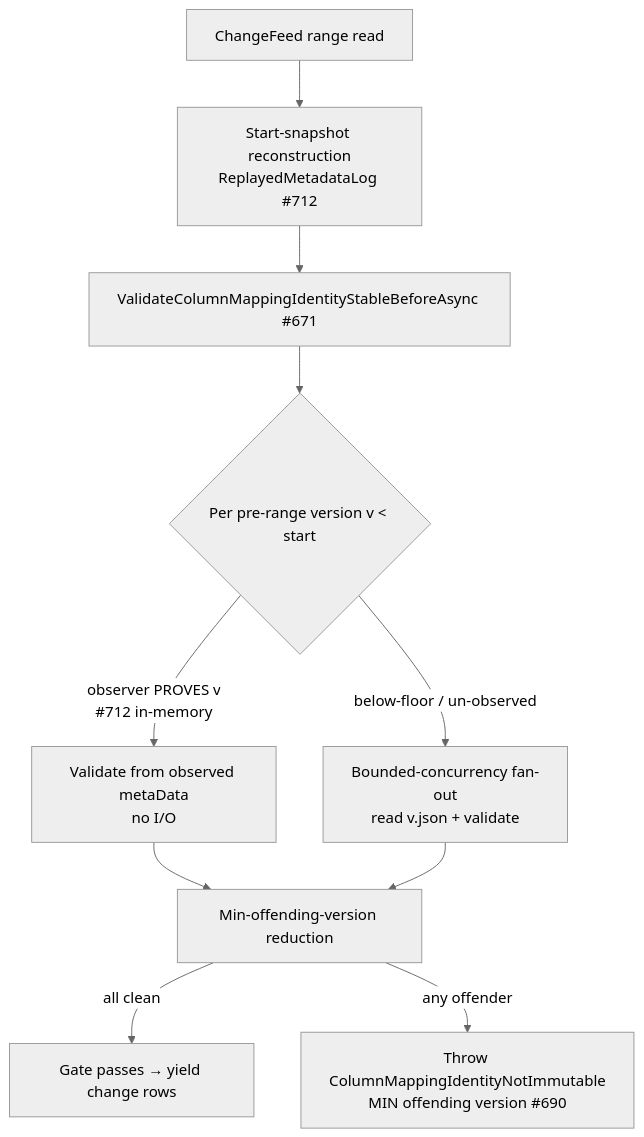
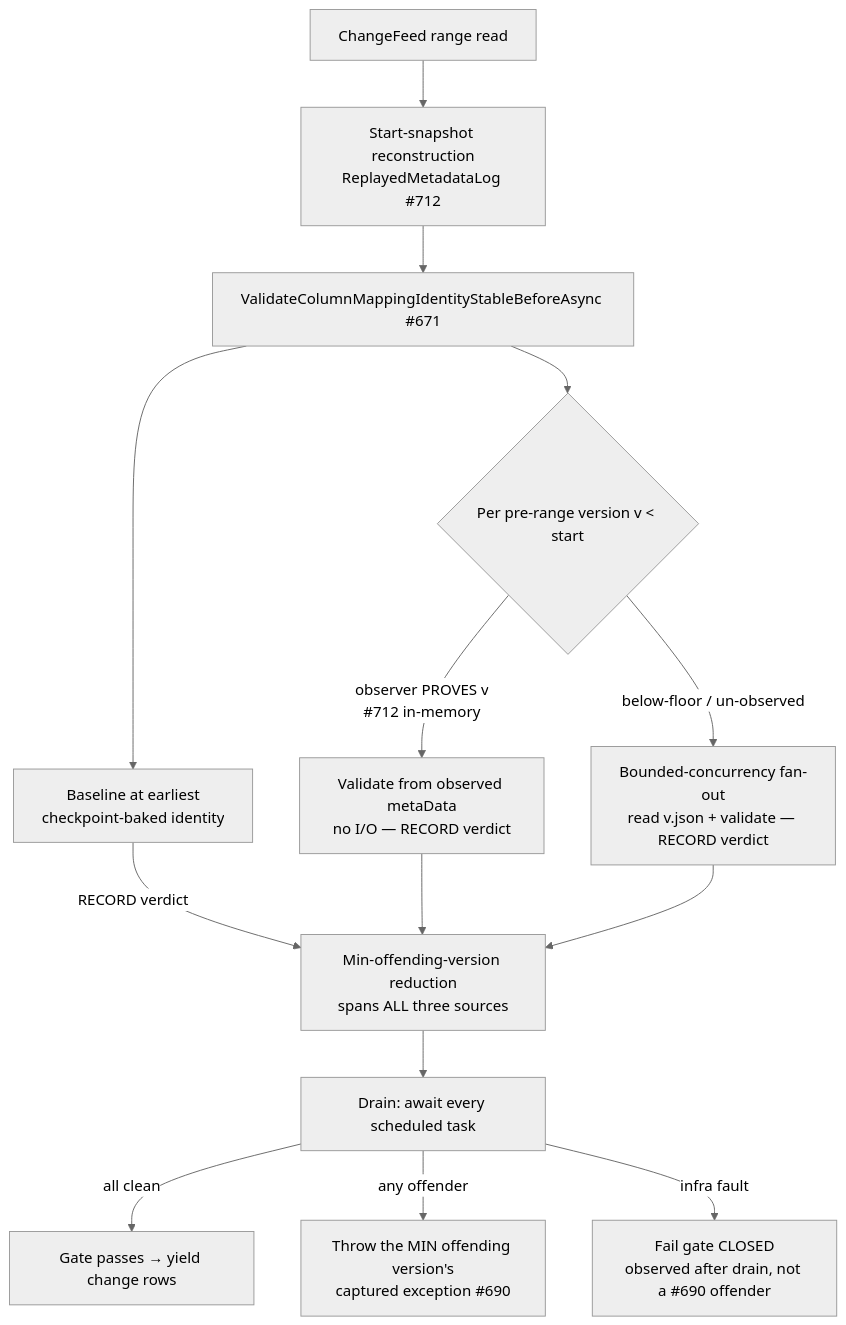
One commit to khaines/deltasharp changed the first of 2 diagrams in docs/engineering/design/cdf-pre-range-scan-bounded-concurrency.md. Above: the diagram before and after it, drawn with Mermaid (neutral theme). The commit also changed other lines of this file, not shown here.

First line of the commit message:
Design(#808): round-1 RFL revisions — all-sources min reduction, skip-only pruning, infra-fault split, perf-gate rigor

````diff
--- a/docs/engineering/design/cdf-pre-range-scan-bounded-concurrency.md
+++ b/docs/engineering/design/cdf-pre-range-scan-bounded-concurrency.md
@@ -54,12 +54,16 @@
 ```mermaid
 graph TD
     A[ChangeFeed range read] --> B[Start-snapshot reconstruction<br/>ReplayedMetadataLog #712]
     B --> C[ValidateColumnMappingIdentityStableBeforeAsync #671]
+    C --> Bl[Baseline at earliest<br/>checkpoint-baked identity]
     C --> D{Per pre-range version v < start}
-    D -->|observer PROVES v<br/>#712 in-memory| E[Validate from observed metaData<br/>no I/O]
-    D -->|below-floor / un-observed| F[Bounded-concurrency fan-out<br/>read v.json + validate]
-    E --> G[Min-offending-version reduction]
+    D -->|observer PROVES v<br/>#712 in-memory| E[Validate from observed metaData<br/>no I/O — RECORD verdict]
+    D -->|below-floor / un-observed| F[Bounded-concurrency fan-out<br/>read v.json + validate — RECORD verdict]
+    Bl -->|RECORD verdict| G[Min-offending-version reduction<br/>spans ALL three sources]
+    E --> G
     F --> G
-    G -->|all clean| H[Gate passes → yield change rows]
-    G -->|any offender| I[Throw ColumnMappingIdentityNotImmutable<br/>MIN offending version #690]
+    G --> Dr[Drain: await every scheduled task]
+    Dr -->|all clean| H[Gate passes → yield change rows]
+    Dr -->|any offender| I[Throw the MIN offending version's<br/>captured exception #690]
+    Dr -->|infra fault| J[Fail gate CLOSED<br/>observed after drain, not a #690 offender]
 ```
````
